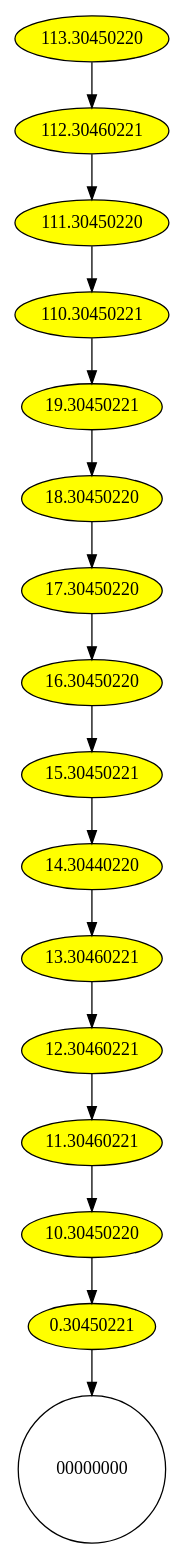
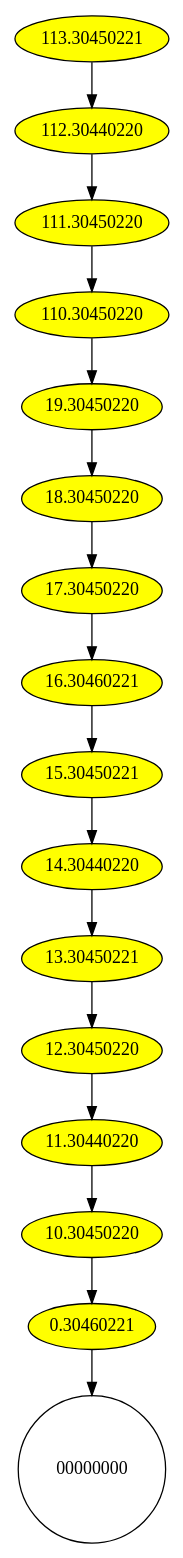
Before and after one commit to DGT-Network/DGT-Matagami: the diagram in CORE/validator/DAG.gv, drawn with Graphviz. The commit also changed 278 other files, not shown here.

```diff
--- a/CORE/validator/DAG.gv
+++ b/CORE/validator/DAG.gv
@@ -1,20 +1,20 @@
 digraph DAG {
 {
- node [style="filled", fillcolor="yellow", fontcolor="black", margin="0.01"]"113.30450220" -> "112.30460221";
-"112.30460221" -> "111.30450220";
-"111.30450220" -> "110.30450221";
-"110.30450221" -> "19.30450221";
-"19.30450221" -> "18.30450220";
+ node [style="filled", fillcolor="yellow", fontcolor="black", margin="0.01"]"113.30450221" -> "112.30440220";
+"112.30440220" -> "111.30450220";
+"111.30450220" -> "110.30450220";
+"110.30450220" -> "19.30450220";
+"19.30450220" -> "18.30450220";
 "18.30450220" -> "17.30450220";
-"17.30450220" -> "16.30450220";
-"16.30450220" -> "15.30450221";
+"17.30450220" -> "16.30460221";
+"16.30460221" -> "15.30450221";
 "15.30450221" -> "14.30440220";
-"14.30440220" -> "13.30460221";
-"13.30460221" -> "12.30460221";
-"12.30460221" -> "11.30460221";
-"11.30460221" -> "10.30450220";
-"10.30450220" -> "0.30450221";
+"14.30440220" -> "13.30450221";
+"13.30450221" -> "12.30450220";
+"12.30450220" -> "11.30440220";
+"11.30440220" -> "10.30450220";
+"10.30450220" -> "0.30460221";
 }
-"0.30450221" -> "00000000";
+"0.30460221" -> "00000000";
 "00000000" [fillcolor="red",shape="circle"];
 }
```
